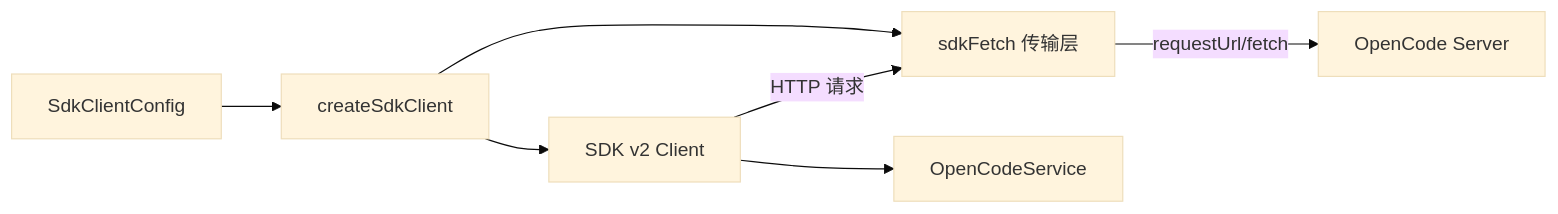
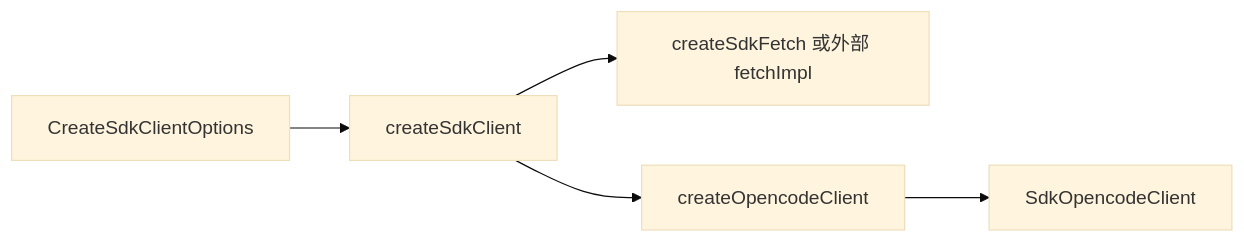
Before and after one commit to OCDcreator/opencodian: the diagram in docs/modules/core/opencode/createSdkClient.md, drawn with Mermaid (base theme). The commit also changed other lines of this file and 98 other files, not shown here.

````diff
--- a/docs/modules/core/opencode/createSdkClient.md
+++ b/docs/modules/core/opencode/createSdkClient.md
@@ -55,9 +82,7 @@
 ```mermaid
 graph LR
-    A[SdkClientConfig] --> B[createSdkClient]
-    B --> C[sdkFetch 传输层]
-    B --> D[SDK v2 Client]
-    D --> E[OpenCodeService]
-    D -->|HTTP 请求| C
-    C -->|requestUrl/fetch| F[OpenCode Server]
+    A[CreateSdkClientOptions] --> B[createSdkClient]
+    B --> C[createSdkFetch 或外部 fetchImpl]
+    B --> D[createOpencodeClient]
+    D --> E[SdkOpencodeClient]
 ```
````
